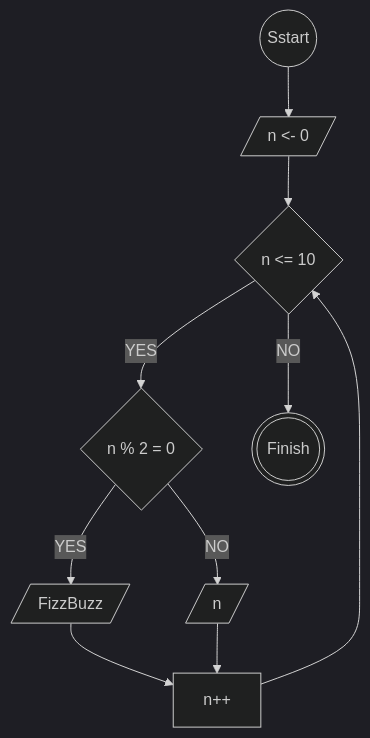
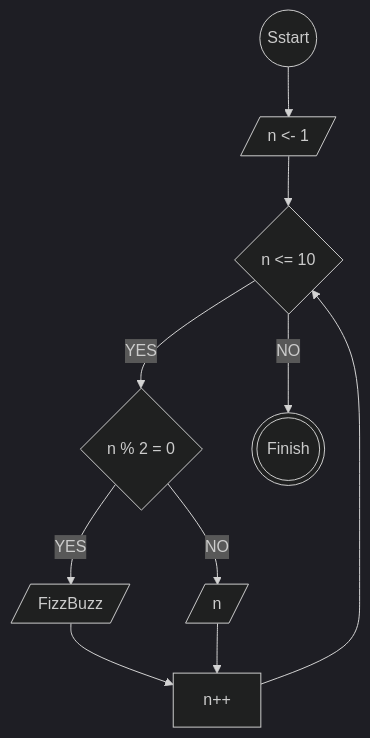
One commit to dev-Flone/koda-b1-algoritm changed the diagram in fizzbuzz.md. Above: the diagram before and after it, drawn with Mermaid (dark theme). The commit also changed other lines of this file, not shown here.

Commit message:
FizzBuzz(fix)

````diff
--- a/fizzbuzz.md
+++ b/fizzbuzz.md
@@ -2,18 +2,18 @@
 ``` mermaid
 flowchart TD
     start((Sstart))
-    init[/n <- 0 /]
+    init[/n <- 1 /]
     check{n <= 10}
     check2{n % 2 = 0}
     increment[n++]
     output[/FizzBuzz/]
     finish(((Finish)))
 
     start --> init --> check
     check -- NO --> finish
     check -- YES --> check2
     check2 -- YES --> output
     check2 -- NO --> n[/n/]
     output --> increment --> check
     n --> increment
 ```
````
